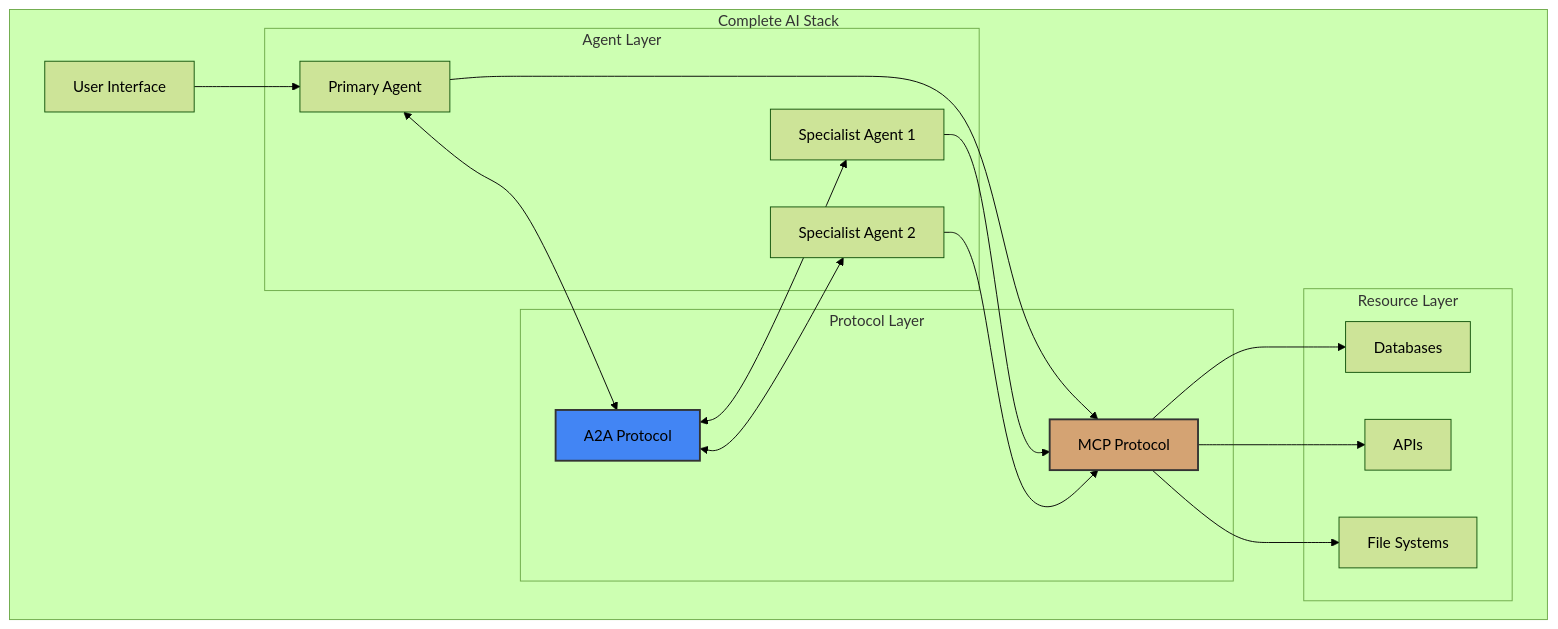
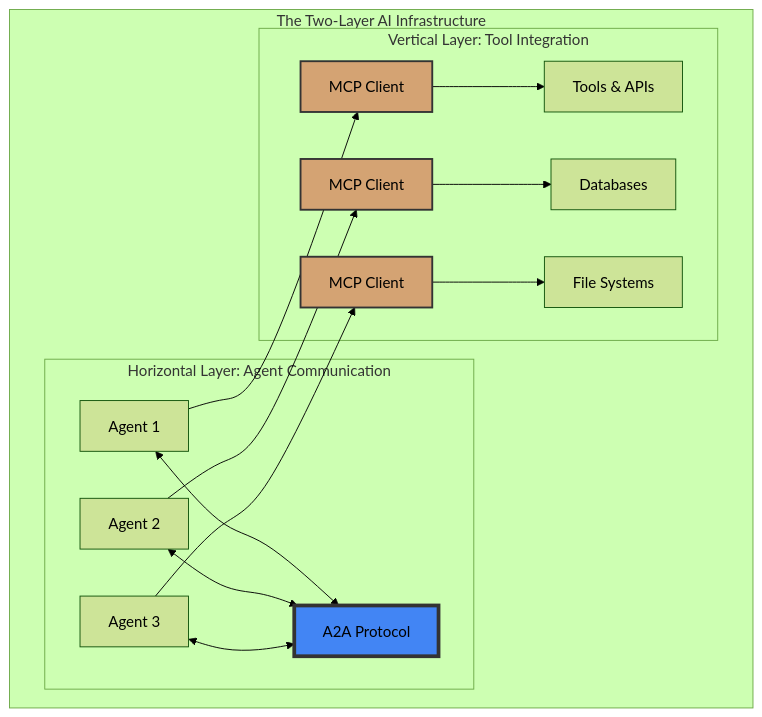
One commit to nikspatel007/workshop-agents changed diagram 11 of 17 in reading_materials/GOOGLE_A2A_PROTOCOL.md. Above: the diagram before and after it, drawn with Mermaid (forest theme). The commit also changed other lines of this file and 1 other file, not shown here.

Commit message:
Update MCP and A2A documentation with official website information
- Updated MCP architecture diagram to reflect official 5-component model:
  - MCP Hosts, Clients, Servers, Local Data Sources, Remote Services
- Clarified MCP as "USB-C port for AI applications" per official site
- Updated A2A with official positioning as protocol to "break down silos"
- Added official multi-framework diagram showing LangGraph, CrewAI, Semantic Kernel
- Emphasized complementary nature: MCP for vertical (tools), A2A for horizontal (agents)
- Both protocols now reflect Linux Foundation involvement and official descriptions

Sources:
- https://modelcontextprotocol.io/introduction
- https://a2a-protocol.org/latest/

🤖 Generated with [Claude Code](https://claude.ai/code)

````diff
--- a/reading_materials/GOOGLE_A2A_PROTOCOL.md
+++ b/reading_materials/GOOGLE_A2A_PROTOCOL.md
@@ -360,39 +369,25 @@
 ```mermaid
 graph TD
-    subgraph "Complete AI Stack"
-        A[User Interface]
-        
-        subgraph "Agent Layer"
-            B[Primary Agent]
-            C[Specialist Agent 1]
-            D[Specialist Agent 2]
+    subgraph "The Two-Layer AI Infrastructure"
+        subgraph "Horizontal Layer: Agent Communication"
+            A[Agent 1] <--> B[A2A Protocol]
+            C[Agent 2] <--> B
+            D[Agent 3] <--> B
         end
         
-        subgraph "Protocol Layer"
-            E[A2A Protocol]
-            F[MCP Protocol]
-        end
-        
-        subgraph "Resource Layer"
-            G[Databases]
-            H[APIs]
-            I[File Systems]
+        subgraph "Vertical Layer: Tool Integration"
+            A --> E[MCP Client]
+            C --> F[MCP Client]
+            D --> G[MCP Client]
+            
+            E --> H[Tools & APIs]
+            F --> I[Databases]
+            G --> J[File Systems]
         end
     end
     
-    A --> B
-    B <--> E
-    E <--> C
-    E <--> D
-    
-    B --> F
-    C --> F
-    D --> F
-    
-    F --> G
-    F --> H
-    F --> I
-    
-    style E fill:#4285f4,stroke:#333,stroke-width:2px
+    style B fill:#4285f4,stroke:#333,stroke-width:4px
+    style E fill:#d4a373,stroke:#333,stroke-width:2px
     style F fill:#d4a373,stroke:#333,stroke-width:2px
+    style G fill:#d4a373,stroke:#333,stroke-width:2px
 ```
````
